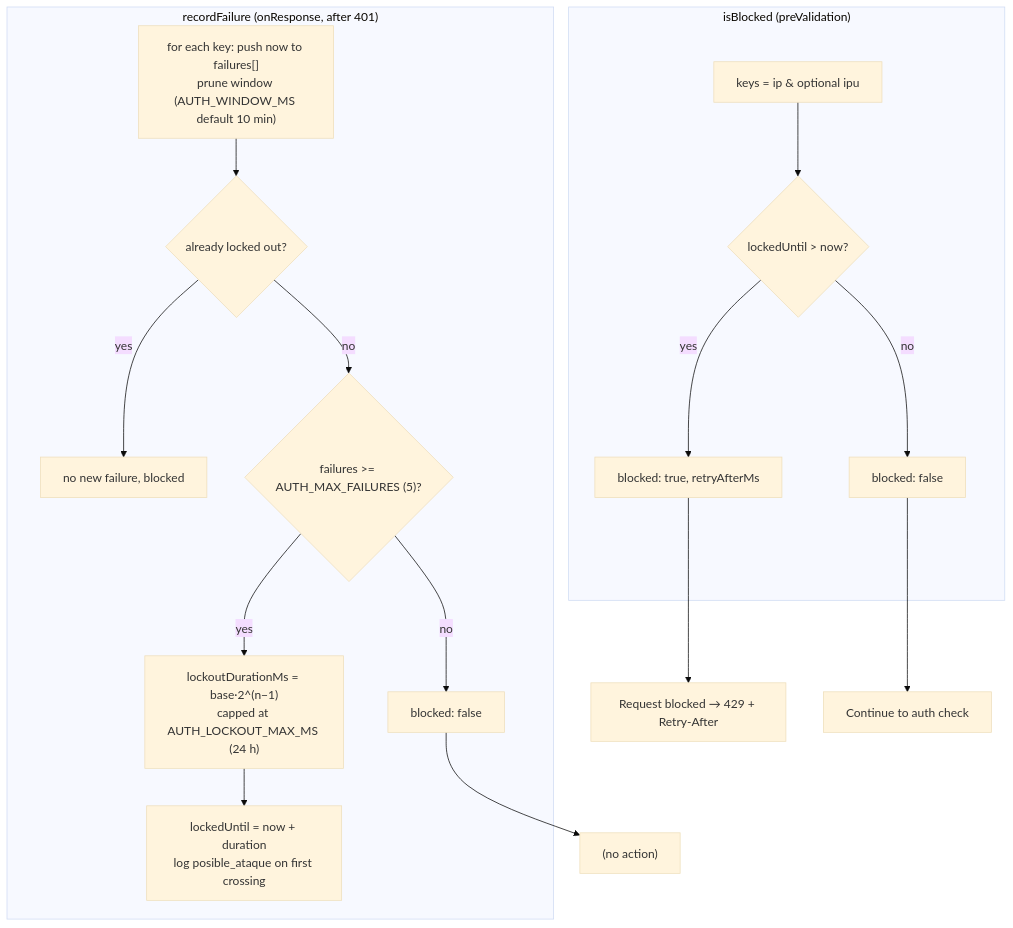
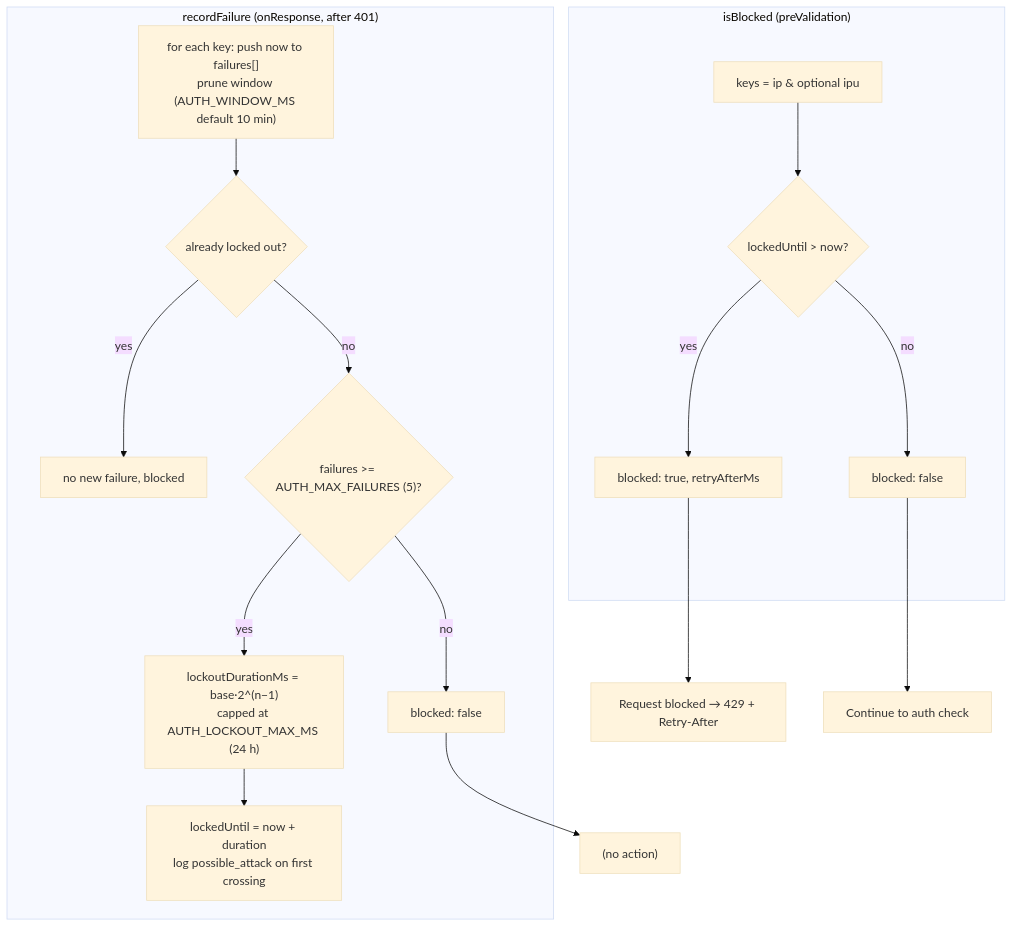
Before and after one commit to rdsslab/libOpenFusionAPI: the third of 7 diagrams in src/docs/flows/AUTH.md, drawn with Mermaid (base theme). The commit also changed 16 other files, not shown here.

````diff
--- a/src/docs/flows/AUTH.md
+++ b/src/docs/flows/AUTH.md
@@ -107,22 +107,22 @@
 ```mermaid
 flowchart TD
     subgraph READ["isBlocked (preValidation)"]
         R1["keys = ip & optional ipu"] --> R2{"lockedUntil > now?"}
         R2 -- "yes" --> RB["blocked: true, retryAfterMs"]
         R2 -- "no" --> RN["blocked: false"]
     end
 
     subgraph WRITE["recordFailure (onResponse, after 401)"]
         W1["for each key: push now to failures[]<br/>prune window (AUTH_WINDOW_MS default 10 min)"]
         W1 --> W2{"already locked out?"}
         W2 -- "yes" --> WB["no new failure, blocked"]
         W2 -- "no" --> W3{"failures >= AUTH_MAX_FAILURES (5)?"}
         W3 -- "no" --> WN["blocked: false"]
         W3 -- "yes" --> W4["lockoutDurationMs = base·2^(n−1)<br/>capped at AUTH_LOCKOUT_MAX_MS (24 h)"]
-        W4 --> W5["lockedUntil = now + duration<br/>log posible_ataque on first crossing"]
+        W4 --> W5["lockedUntil = now + duration<br/>log possible_attack on first crossing"]
     end
 
     RB --> OUT["Request blocked → 429 + Retry-After"]
     RN --> CONT["Continue to auth check"]
     WN --> CONT2["(no action)"]
 ```
````
